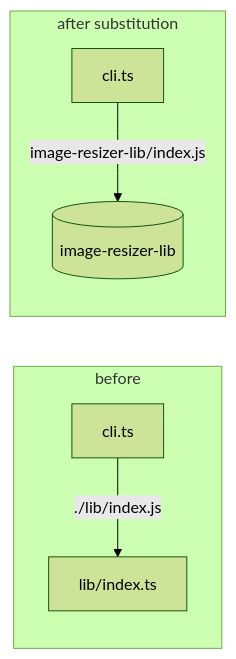
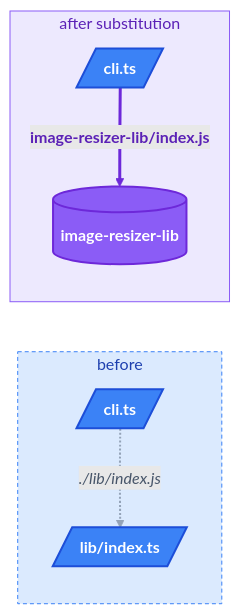
One commit to enormora/packtory changed the third of 4 diagrams in documentation/how-it-works.md. Above: the diagram before and after it, drawn with Mermaid (forest theme). The commit also changed other lines of this file, not shown here.

First line of the commit message:
Style mermaid diagrams in how-it-works docs

````diff
--- a/documentation/how-it-works.md
+++ b/documentation/how-it-works.md
@@ -133,9 +165,21 @@
 ```mermaid
 flowchart LR
-    subgraph "before"
-        A[cli.ts] -- "./lib/index.js" --> B[lib/index.ts]
+    subgraph BEFORE ["before"]
+        A[/cli.ts/] -. "./lib/index.js" .-> B[/lib/index.ts/]
     end
-    subgraph "after substitution"
-        A2[cli.ts] -- "image-resizer-lib/index.js" --> S[(image-resizer-lib)]
+    subgraph AFTER ["after substitution"]
+        A2[/cli.ts/] == "image-resizer-lib/index.js" ==> S[(image-resizer-lib)]
     end
+
+    classDef file fill:#3b82f6,stroke:#1d4ed8,stroke-width:2px,color:#fff,font-weight:bold
+    classDef pkg fill:#8b5cf6,stroke:#6d28d9,stroke-width:2px,color:#fff,font-weight:bold
+
+    class A,B,A2 file
+    class S pkg
+
+    linkStyle 0 stroke:#94a3b8,stroke-width:2px,color:#475569,font-style:italic
+    linkStyle 1 stroke:#6d28d9,stroke-width:3px,color:#5b21b6,font-weight:bold
+
+    style BEFORE fill:#dbeafe,stroke:#3b82f6,stroke-width:1px,stroke-dasharray:4 3,color:#1e40af
+    style AFTER fill:#ede9fe,stroke:#8b5cf6,stroke-width:1px,color:#5b21b6
 ```
````
